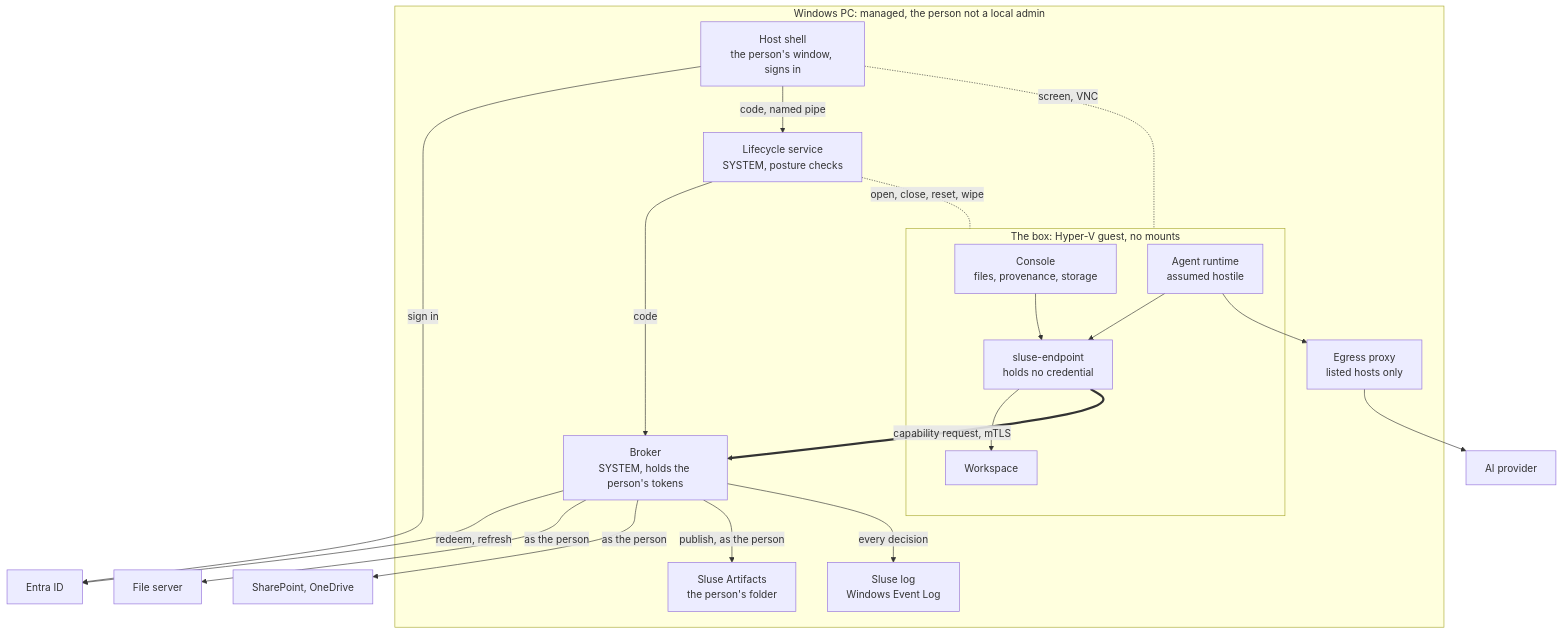
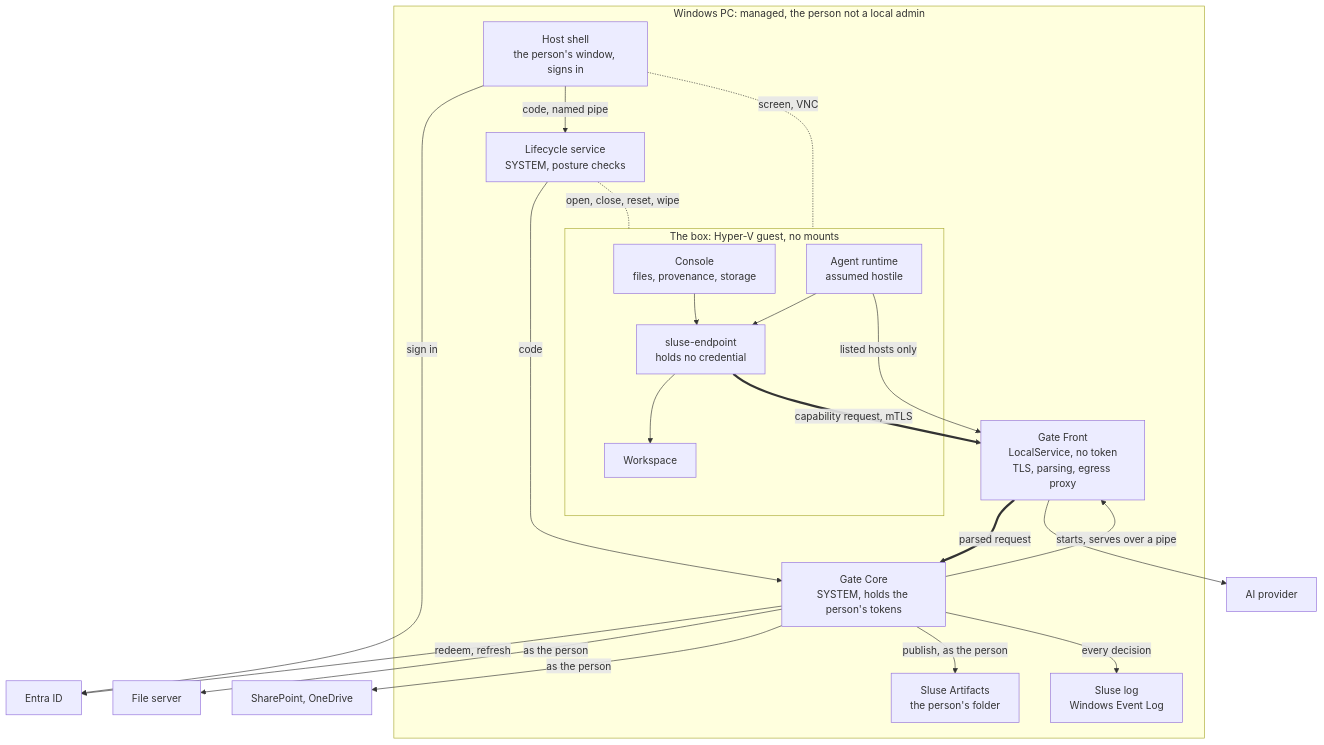
One commit to Git-SerenIT/Sluse changed the diagram in docs/architecture.md. Above: the diagram before and after it, drawn with Mermaid. The commit also changed other lines of this file and 144 other files, not shown here.

First line of the commit message:
Sluse Gate: the broker split into Gate Front (one per box, LocalService, no token: the box's TLS, request parsing, the egress proxy) and Gate Core (SYSTEM: tokens, sources, records); rmcp 3.7; 0.1.2

````diff
--- a/docs/architecture.md
+++ b/docs/architecture.md
@@ -24,38 +24,40 @@
 ```mermaid
 flowchart TB
     subgraph WS["Windows PC: managed, the person not a local admin"]
         subgraph BOX["The box: Hyper-V guest, no mounts"]
             CONSOLE["Console<br/>files, provenance, storage"]
             AGENT["Agent runtime<br/>assumed hostile"]
             EP["sluse-endpoint<br/>holds no credential"]
             WSP["Workspace"]
         end
         SHELL["Host shell<br/>the person's window, signs in"]
         SVC["Lifecycle service<br/>SYSTEM, posture checks"]
-        BROKER["Broker<br/>SYSTEM, holds the person's tokens"]
-        PX["Egress proxy<br/>listed hosts only"]
+        CORE["Gate Core<br/>SYSTEM, holds the person's tokens"]
+        FRONT["Gate Front<br/>LocalService, no token<br/>TLS, parsing, egress proxy"]
         DROP["Sluse Artifacts<br/>the person's folder"]
         EVT["Sluse log<br/>Windows Event Log"]
     end
     ENTRA["Entra ID"]
     FS["File server"]
     SP["SharePoint, OneDrive"]
     MP["AI provider"]
 
     SHELL -->|"sign in"| ENTRA
     SHELL -->|"code, named pipe"| SVC
-    SVC -->|"code"| BROKER
+    SVC -->|"code"| CORE
+    CORE -->|"starts, serves over a pipe"| FRONT
     SHELL -. "screen, VNC" .- BOX
     AGENT --> EP
     CONSOLE --> EP
     EP --> WSP
-    EP ==>|"capability request, mTLS"| BROKER
-    BROKER -->|"redeem, refresh"| ENTRA
-    BROKER -->|"as the person"| FS
-    BROKER -->|"as the person"| SP
-    BROKER -->|"publish, as the person"| DROP
-    AGENT --> PX
-    PX --> MP
+    EP ==>|"capability request, mTLS"| FRONT
+    FRONT ==>|"parsed request"| CORE
+    CORE -->|"redeem, refresh"| ENTRA
+    CORE -->|"as the person"| FS
+    CORE -->|"as the person"| SP
+    CORE -->|"publish, as the person"| DROP
+    AGENT -->|"listed hosts only"| FRONT
+    FRONT --> MP
     SVC -. "open, close, reset, wipe" .- BOX
-    BROKER -->|"every decision"| EVT
+    CORE -->|"every decision"| EVT
 ```
````
